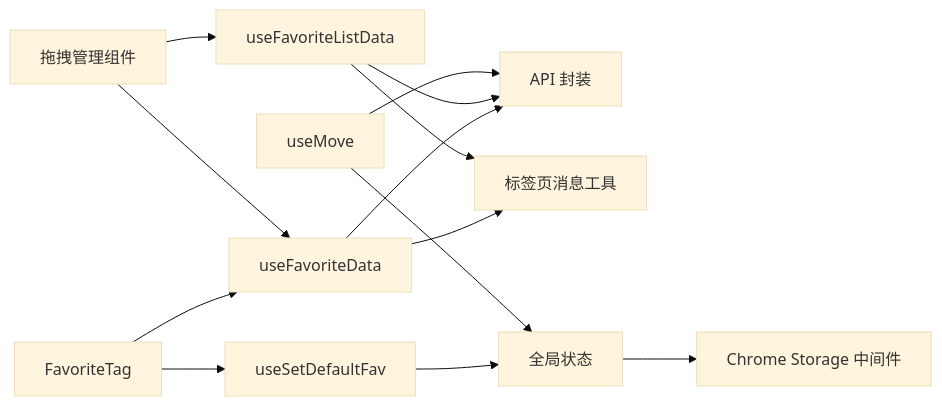
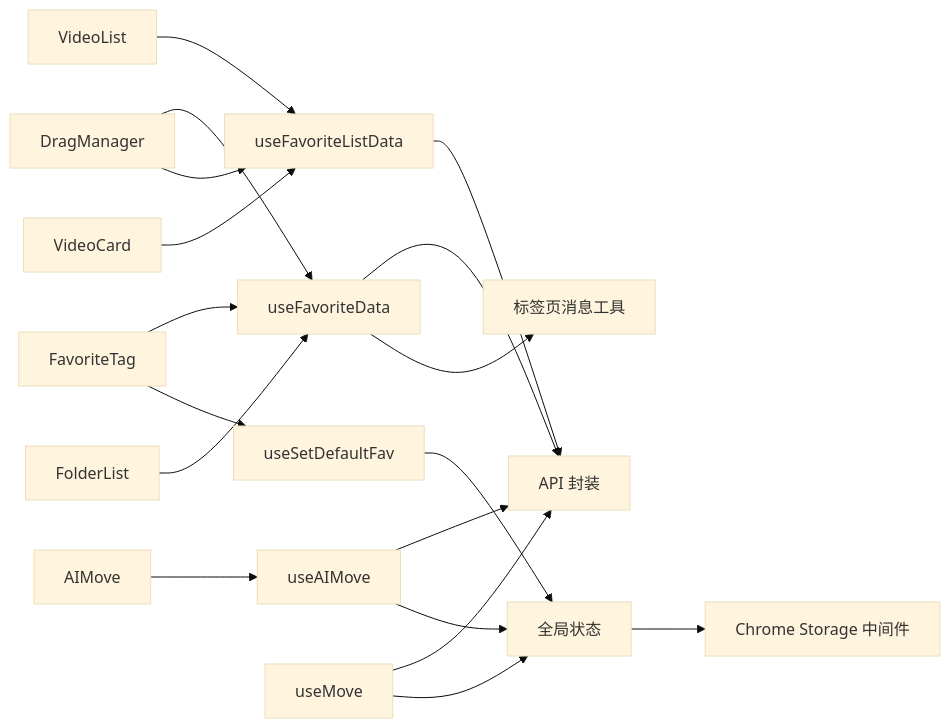
One commit to RadiumAg/bilibili-favorites changed diagram 11 of 11 in .qoder/repowiki/zh/content/核心功能模块/收藏夹管理系统.md. Above: the diagram before and after it, drawn with Mermaid (base theme). The commit also changed other lines of this file and 27 other files, not shown here.

````diff
--- a/.qoder/repowiki/zh/content/核心功能模块/收藏夹管理系统.md
+++ b/.qoder/repowiki/zh/content/核心功能模块/收藏夹管理系统.md
@@ -417,15 +509,20 @@
 ```mermaid
 graph LR
 FavoriteTag["FavoriteTag"] --> useFavoriteData["useFavoriteData"]
 FavoriteTag --> useSetDefaultFav["useSetDefaultFav"]
-DragManager["拖拽管理组件"] --> useFavoriteData
+AIMove["AIMove"] --> useAIMove["useAIMove"]
+DragManager["DragManager"] --> useFavoriteData
 DragManager --> useFavoriteListData["useFavoriteListData"]
+FolderList["FolderList"] --> useFavoriteData
+VideoList["VideoList"] --> useFavoriteListData
+VideoCard["VideoCard"] --> useFavoriteListData
 useFavoriteData --> api["API 封装"]
+useFavoriteData --> tab["标签页消息工具"]
 useFavoriteListData --> api
-useFavoriteData --> tab["标签页消息工具"]
-useFavoriteListData --> tab
 useSetDefaultFav --> globalStore["全局状态"]
+useAIMove --> api
+useAIMove --> globalStore
 useMove["useMove"] --> api
 useMove --> globalStore
 globalStore --> storageMW["Chrome Storage 中间件"]
 ```
````
